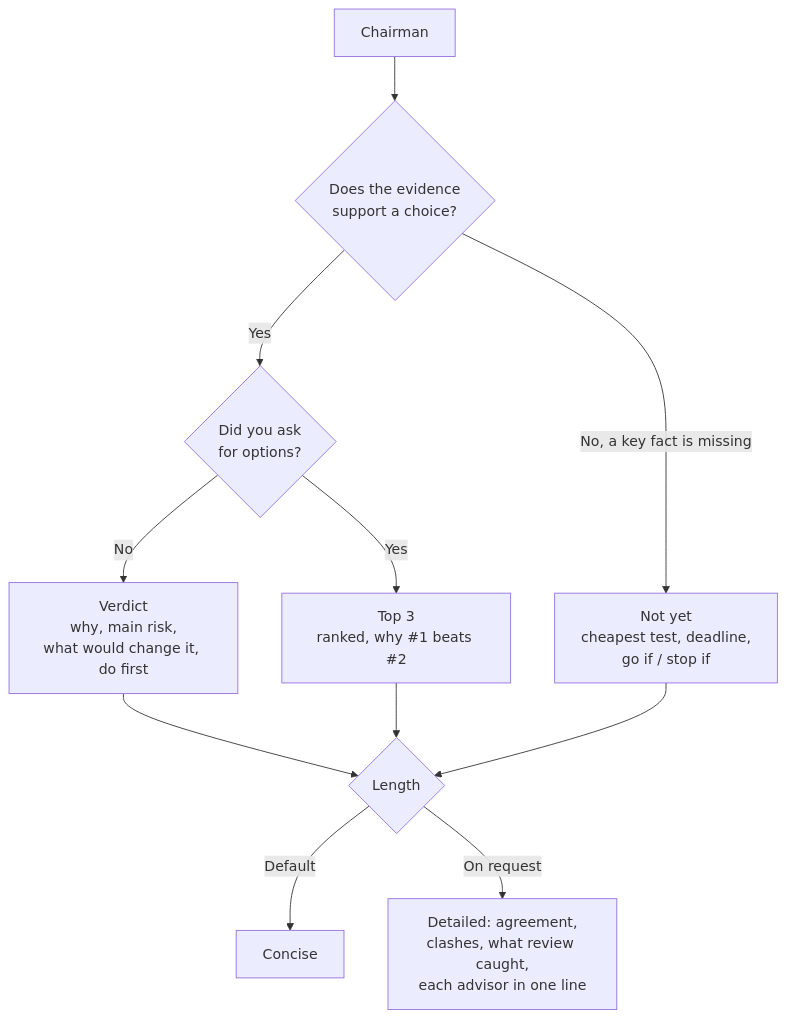
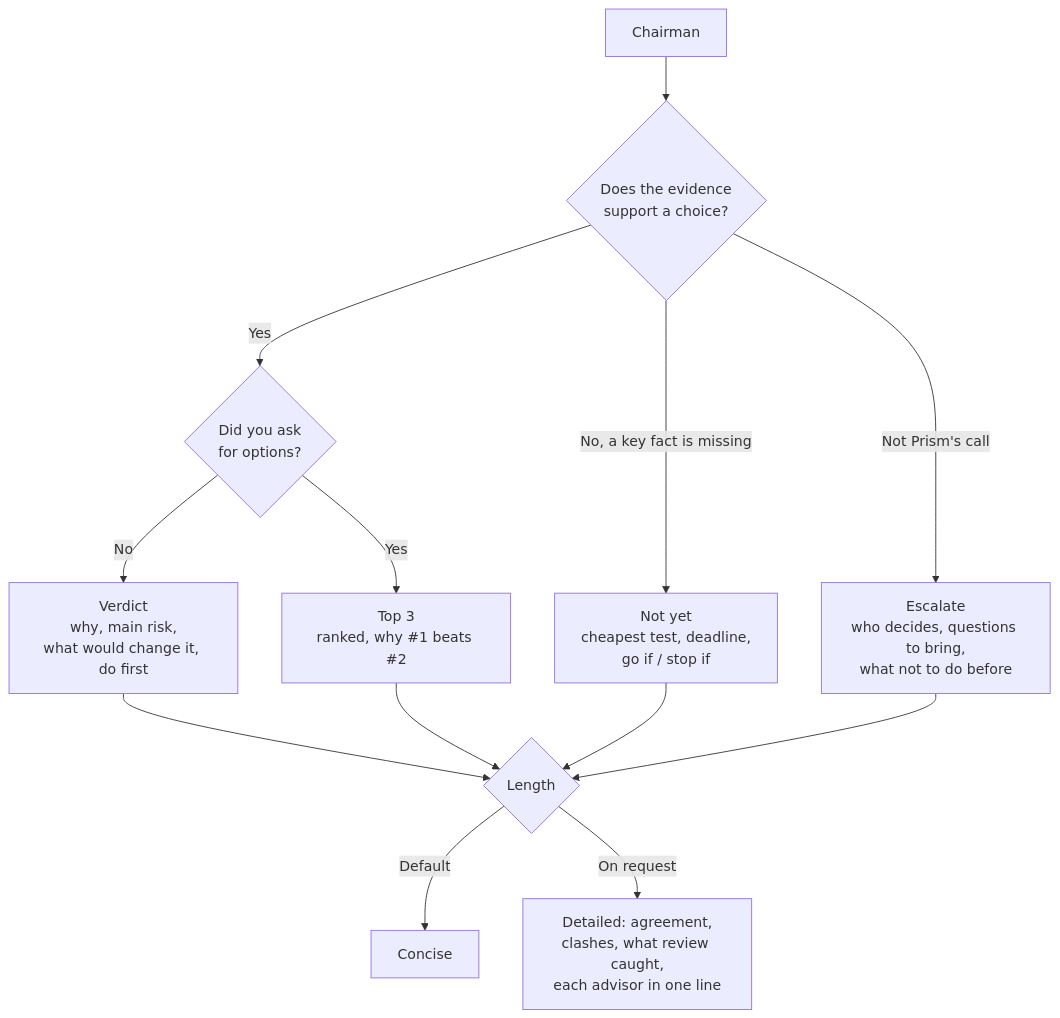
Before and after one commit to The-Discipline/prism-council: the fourth of 6 diagrams in docs/how-it-works.md, drawn with Mermaid. The commit also changed other lines of this file and 14 other files, not shown here.

````diff
--- a/docs/how-it-works.md
+++ b/docs/how-it-works.md
@@ -51,11 +53,12 @@
 ```mermaid
 flowchart TD
     CH["Chairman"] --> E{"Does the evidence<br/>support a choice?"}
     E -- "Yes" --> T{"Did you ask<br/>for options?"}
     T -- "No" --> V["Verdict<br/>why, main risk,<br/>what would change it, do first"]
     T -- "Yes" --> T3["Top 3<br/>ranked, why #1 beats #2"]
     E -- "No, a key fact is missing" --> NY["Not yet<br/>cheapest test, deadline,<br/>go if / stop if"]
-    V & T3 & NY --> L{"Length"}
+    E -- "Not Prism's call" --> ES["Escalate<br/>who decides, questions to bring,<br/>what not to do before"]
+    V & T3 & NY & ES --> L{"Length"}
     L -- "Default" --> CON["Concise"]
     L -- "On request" --> DET["Detailed: agreement,<br/>clashes, what review caught,<br/>each advisor in one line"]
 ```
````
